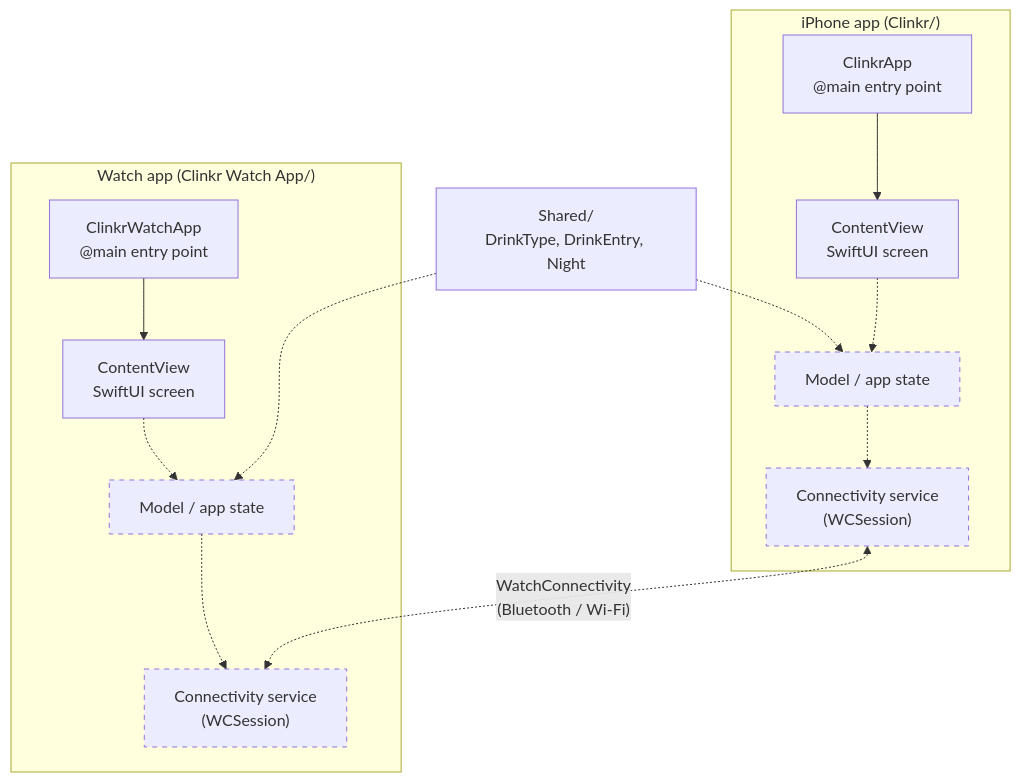
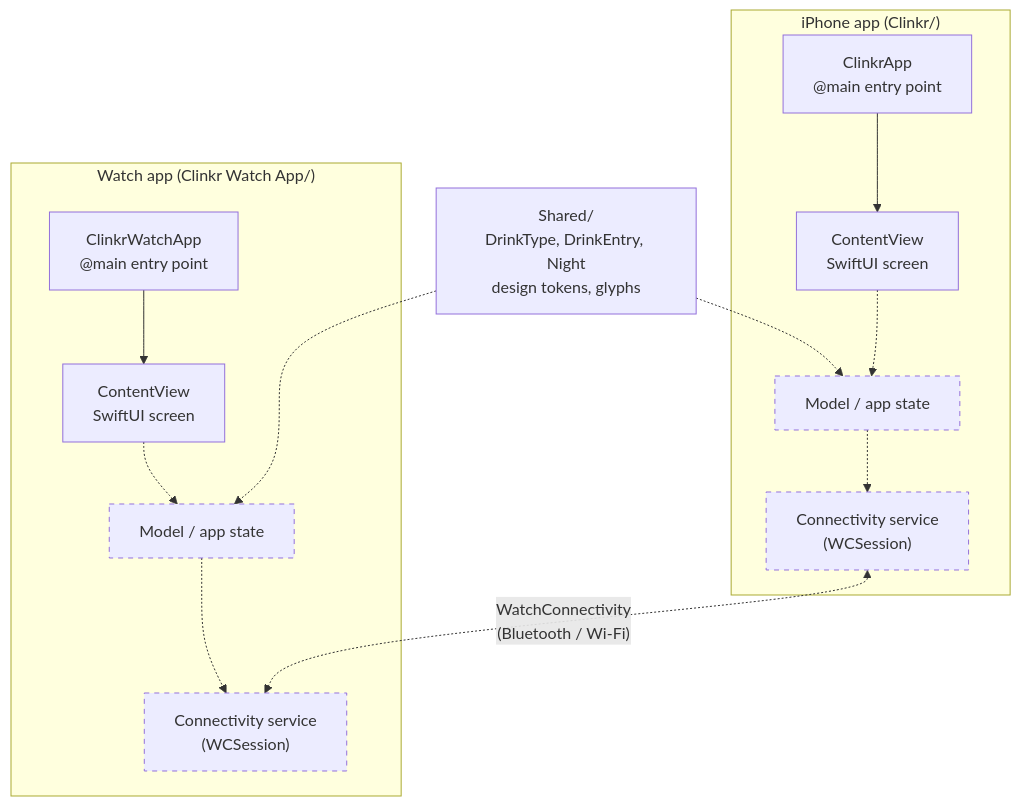
The second of 3 diagrams in docs/ARCHITECTURE.md (pablocolaiacovo/clink), drawn with Mermaid before and after one commit. The commit also changed other lines of this file and 19 other files, not shown here.

First line of the commit message:
Add design tokens and drink glyphs (#59)

````diff
--- a/docs/ARCHITECTURE.md
+++ b/docs/ARCHITECTURE.md
@@ -34,26 +34,26 @@
 ```mermaid
 flowchart TB
     subgraph phone["iPhone app (Clinkr/)"]
         pApp["ClinkrApp<br/>@main entry point"] --> pView["ContentView<br/>SwiftUI screen"]
         pModel["Model / app state"]:::planned
         pSync["Connectivity service<br/>(WCSession)"]:::planned
         pView -.-> pModel
         pModel -.-> pSync
     end
 
     subgraph watch["Watch app (Clinkr Watch App/)"]
         wApp["ClinkrWatchApp<br/>@main entry point"] --> wView["ContentView<br/>SwiftUI screen"]
         wModel["Model / app state"]:::planned
         wSync["Connectivity service<br/>(WCSession)"]:::planned
         wView -.-> wModel
         wModel -.-> wSync
     end
 
-    shared["Shared/<br/>DrinkType, DrinkEntry, Night"]
+    shared["Shared/<br/>DrinkType, DrinkEntry, Night<br/>design tokens, glyphs"]
     shared -.-> pModel
     shared -.-> wModel
 
     pSync <-. "WatchConnectivity<br/>(Bluetooth / Wi-Fi)" .-> wSync
 
     classDef planned stroke-dasharray: 5 5
 ```
````
